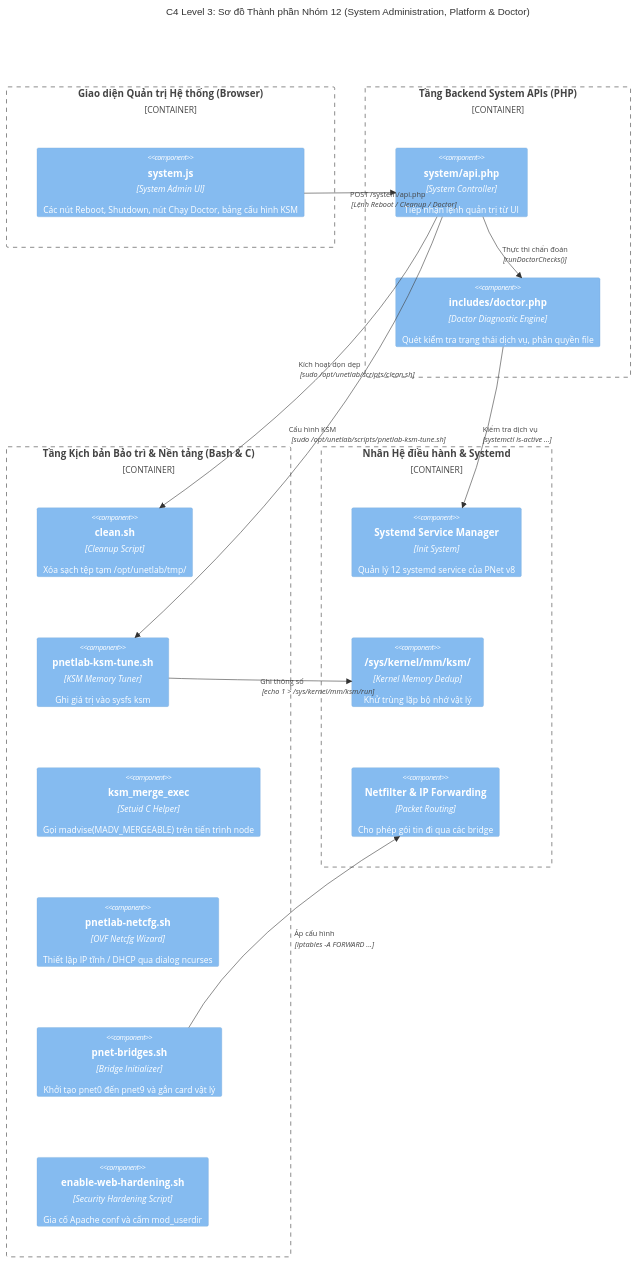
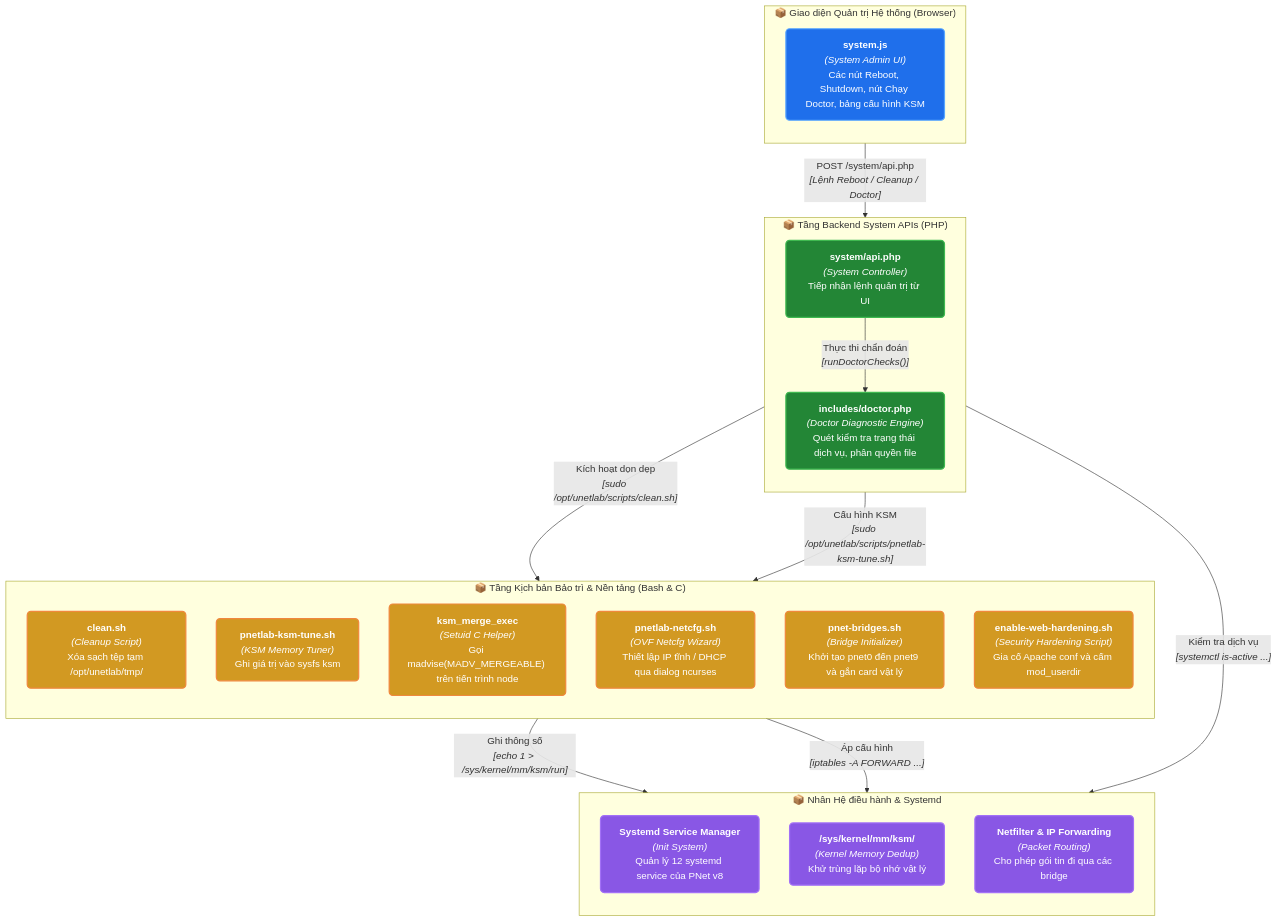
One commit to Luuxinhxinh/pnet-v8 changed the diagram in 01-feature-groups/12-system-diagnostics-platform.md. Above: the diagram before and after it, drawn with Mermaid. The commit also changed 11 other files, not shown here.

Commit message:
docs(level1): refactor all 12 feature group C4 diagrams to clean flowchart TD

````diff
--- a/01-feature-groups/12-system-diagnostics-platform.md
+++ b/01-feature-groups/12-system-diagnostics-platform.md
@@ -61,36 +61,46 @@
 ```mermaid
-C4Component
-    title C4 Level 3: Sơ đồ Thành phần Nhóm 12 (System Administration, Platform & Doctor)
+flowchart TD
+    %% Styling classes
+    classDef ui fill:#1f6feb,stroke:#58a6ff,stroke-width:2px,color:#ffffff,rx:6px,ry:6px;
+    classDef api fill:#238636,stroke:#3fb950,stroke-width:2px,color:#ffffff,rx:6px,ry:6px;
+    classDef wrap fill:#d29922,stroke:#f0883e,stroke-width:2px,color:#ffffff,rx:6px,ry:6px;
+    classDef kernel fill:#8957e5,stroke:#a371f7,stroke-width:2px,color:#ffffff,rx:6px,ry:6px;
+    classDef storage fill:#21262d,stroke:#8b949e,stroke-width:1.5px,color:#c9d1d9,rx:6px,ry:6px;
 
-    Container_Boundary(admin_dashboard, "Giao diện Quản trị Hệ thống (Browser)") {
-        Component(system_ui, "system.js", "System Admin UI", "Các nút Reboot, Shutdown, nút Chạy Doctor, bảng cấu hình KSM")
-    }
+    subgraph SG_admin_dashboard [" 📦 Giao diện Quản trị Hệ thống (Browser) "]
+        direction TB
+        system_ui["<b>system.js</b><br/><i>(System Admin UI)</i><br/>Các nút Reboot, Shutdown, nút Chạy Doctor, bảng cấu hình KSM"]:::ui
+    end
 
-    Container_Boundary(system_apis, "Tầng Backend System APIs (PHP)") {
-        Component(sys_api, "system/api.php", "System Controller", "Tiếp nhận lệnh quản trị từ UI")
-        Component(doctor_core, "includes/doctor.php", "Doctor Diagnostic Engine", "Quét kiểm tra trạng thái dịch vụ, phân quyền file")
-    }
+    subgraph SG_system_apis [" 📦 Tầng Backend System APIs (PHP) "]
+        direction TB
+        sys_api["<b>system/api.php</b><br/><i>(System Controller)</i><br/>Tiếp nhận lệnh quản trị từ UI"]:::api
+        doctor_core["<b>includes/doctor.php</b><br/><i>(Doctor Diagnostic Engine)</i><br/>Quét kiểm tra trạng thái dịch vụ, phân quyền file"]:::api
+    end
 
-    Container_Boundary(maintenance_scripts, "Tầng Kịch bản Bảo trì & Nền tảng (Bash & C)") {
-        Component(clean_script, "clean.sh", "Cleanup Script", "Xóa sạch tệp tạm /opt/unetlab/tmp/")
-        Component(ksm_tuner, "pnetlab-ksm-tune.sh", "KSM Memory Tuner", "Ghi giá trị vào sysfs ksm")
-        Component(ksm_binary, "ksm_merge_exec", "Setuid C Helper", "Gọi madvise(MADV_MERGEABLE) trên tiến trình node")
-        Component(ovf_netcfg, "pnetlab-netcfg.sh", "OVF Netcfg Wizard", "Thiết lập IP tĩnh / DHCP qua dialog ncurses")
-        Component(bridge_init, "pnet-bridges.sh", "Bridge Initializer", "Khởi tạo pnet0 đến pnet9 và gắn card vật lý")
-        Component(hardening_sh, "enable-web-hardening.sh", "Security Hardening Script", "Gia cố Apache conf và cấm mod_userdir")
-    }
+    subgraph SG_maintenance_scripts [" 📦 Tầng Kịch bản Bảo trì & Nền tảng (Bash & C) "]
+        direction TB
+        clean_script["<b>clean.sh</b><br/><i>(Cleanup Script)</i><br/>Xóa sạch tệp tạm /opt/unetlab/tmp/"]:::wrap
+        ksm_tuner["<b>pnetlab-ksm-tune.sh</b><br/><i>(KSM Memory Tuner)</i><br/>Ghi giá trị vào sysfs ksm"]:::wrap
+        ksm_binary["<b>ksm_merge_exec</b><br/><i>(Setuid C Helper)</i><br/>Gọi madvise(MADV_MERGEABLE) trên tiến trình node"]:::wrap
+        ovf_netcfg["<b>pnetlab-netcfg.sh</b><br/><i>(OVF Netcfg Wizard)</i><br/>Thiết lập IP tĩnh / DHCP qua dialog ncurses"]:::wrap
+        bridge_init["<b>pnet-bridges.sh</b><br/><i>(Bridge Initializer)</i><br/>Khởi tạo pnet0 đến pnet9 và gắn card vật lý"]:::wrap
+        hardening_sh["<b>enable-web-hardening.sh</b><br/><i>(Security Hardening Script)</i><br/>Gia cố Apache conf và cấm mod_userdir"]:::wrap
+    end
 
-    Container_Boundary(os_kernel, "Nhân Hệ điều hành & Systemd") {
-        Component(systemd_svc, "Systemd Service Manager", "Init System", "Quản lý 12 systemd service của PNet v8")
-        Component(ksm_kernel, "/sys/kernel/mm/ksm/", "Kernel Memory Dedup", "Khử trùng lặp bộ nhớ vật lý")
-        Component(iptables_fwd, "Netfilter & IP Forwarding", "Packet Routing", "Cho phép gói tin đi qua các bridge")
-    }
+    subgraph SG_os_kernel [" 📦 Nhân Hệ điều hành & Systemd "]
+        direction TB
+        systemd_svc["<b>Systemd Service Manager</b><br/><i>(Init System)</i><br/>Quản lý 12 systemd service của PNet v8"]:::kernel
+        ksm_kernel["<b>/sys/kernel/mm/ksm/</b><br/><i>(Kernel Memory Dedup)</i><br/>Khử trùng lặp bộ nhớ vật lý"]:::kernel
+        iptables_fwd["<b>Netfilter & IP Forwarding</b><br/><i>(Packet Routing)</i><br/>Cho phép gói tin đi qua các bridge"]:::kernel
+    end
 
-    Rel(system_ui, sys_api, "POST /system/api.php", "Lệnh Reboot / Cleanup / Doctor")
-    Rel(sys_api, doctor_core, "Thực thi chẩn đoán", "runDoctorChecks()")
-    Rel(doctor_core, systemd_svc, "Kiểm tra dịch vụ", "systemctl is-active ...")
-    Rel(sys_api, clean_script, "Kích hoạt dọn dẹp", "sudo /opt/unetlab/scripts/clean.sh")
-    Rel(sys_api, ksm_tuner, "Cấu hình KSM", "sudo /opt/unetlab/scripts/pnetlab-ksm-tune.sh")
-    Rel(ksm_tuner, ksm_kernel, "Ghi thông số", "echo 1 > /sys/kernel/mm/ksm/run")
-    Rel(bridge_init, iptables_fwd, "Áp cấu hình", "iptables -A FORWARD ...")
+    %% Quan hệ giữa các thành phần
+    system_ui -->|"POST /system/api.php<br/><i>[Lệnh Reboot / Cleanup / Doctor]</i>"| sys_api
+    sys_api -->|"Thực thi chẩn đoán<br/><i>[runDoctorChecks()]</i>"| doctor_core
+    doctor_core -->|"Kiểm tra dịch vụ<br/><i>[systemctl is-active ...]</i>"| systemd_svc
+    sys_api -->|"Kích hoạt dọn dẹp<br/><i>[sudo /opt/unetlab/scripts/clean.sh]</i>"| clean_script
+    sys_api -->|"Cấu hình KSM<br/><i>[sudo /opt/unetlab/scripts/pnetlab-ksm-tune.sh]</i>"| ksm_tuner
+    ksm_tuner -->|"Ghi thông số<br/><i>[echo 1 > /sys/kernel/mm/ksm/run]</i>"| ksm_kernel
+    bridge_init -->|"Áp cấu hình<br/><i>[iptables -A FORWARD ...]</i>"| iptables_fwd
 ```
````
